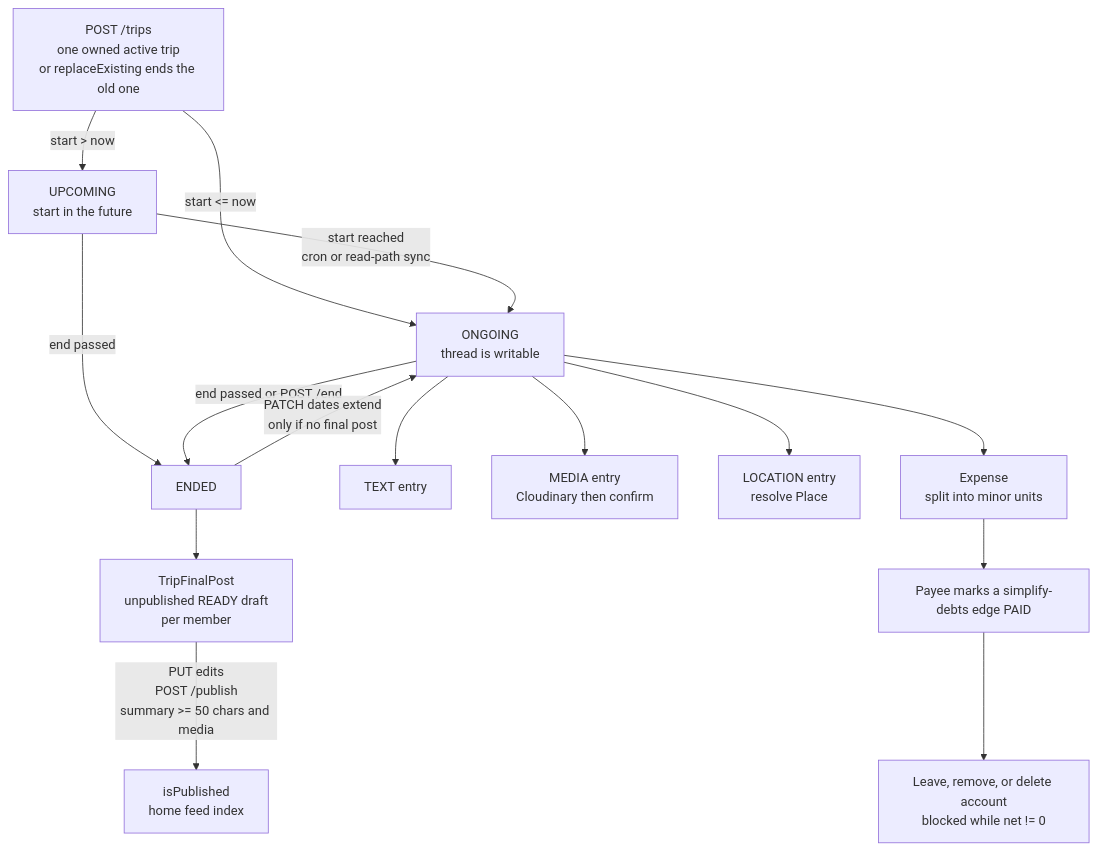
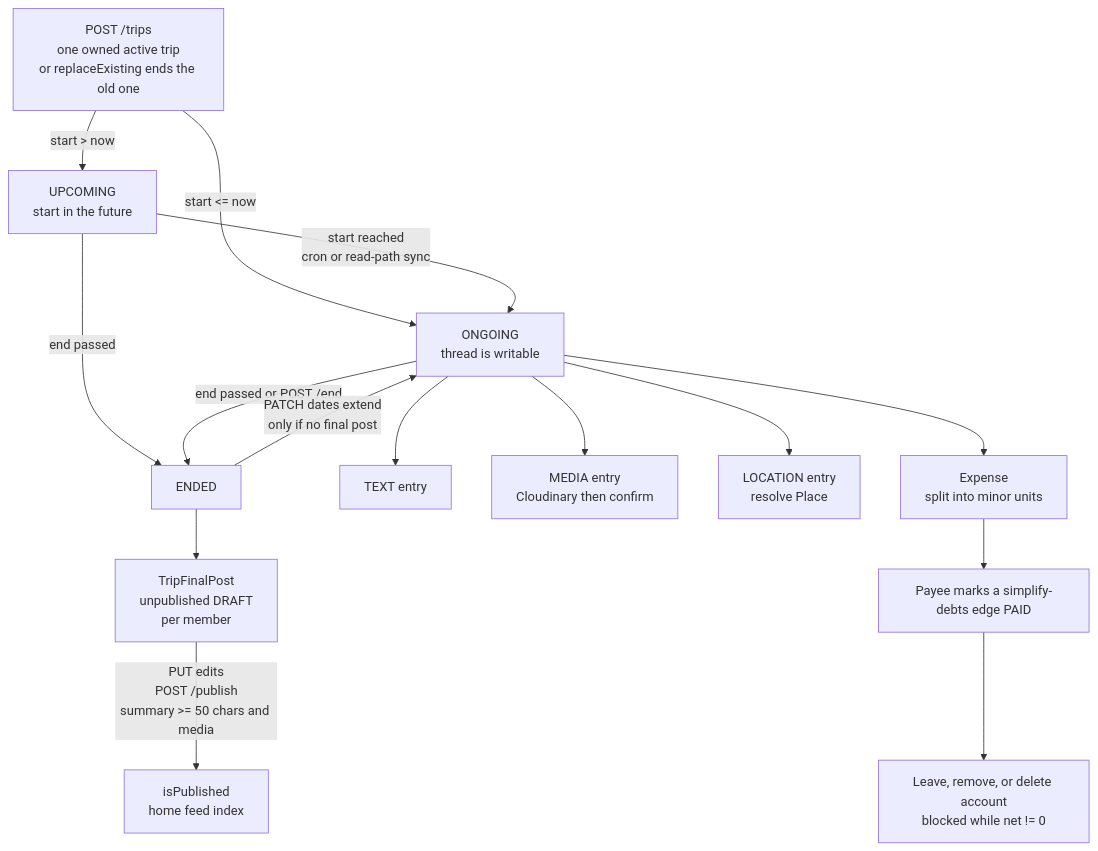
One commit to bagariaraj23/Trav-Flut changed the sixth of 11 diagrams in documentations/technical/19-architecture-diagram.md. Above: the diagram before and after it, drawn with Mermaid. The commit also changed 5 other files, not shown here.

First line of the commit message:
Document the unpublished final post as a DRAFT with up to 12 photos.

````diff
--- a/documentations/technical/19-architecture-diagram.md
+++ b/documentations/technical/19-architecture-diagram.md
@@ -257,25 +257,25 @@
 ```mermaid
 flowchart TD
   create["POST /trips\none owned active trip\nor replaceExisting ends the old one"]
   upcoming["UPCOMING\nstart in the future"]
   ongoing["ONGOING\nthread is writable"]
   ended["ENDED"]
-  draft["TripFinalPost\nunpublished READY draft\nper member"]
+  draft["TripFinalPost\nunpublished DRAFT\nper member"]
   published["isPublished\nhome feed index"]
 
   create -->|"start <= now"| ongoing
   create -->|"start > now"| upcoming
   upcoming -->|"start reached\ncron or read-path sync"| ongoing
   upcoming -->|"end passed"| ended
   ongoing -->|"end passed or POST /end"| ended
   ended -->|"PATCH dates extend\nonly if no final post"| ongoing
   ended --> draft
   draft -->|"PUT edits\nPOST /publish\nsummary >= 50 chars and media"| published
 
   ongoing --> text["TEXT entry"]
   ongoing --> media["MEDIA entry\nCloudinary then confirm"]
   ongoing --> loc["LOCATION entry\nresolve Place"]
   ongoing --> expense["Expense\nsplit into minor units"]
   expense --> settle["Payee marks a simplify-debts edge PAID"]
   settle --> leave["Leave, remove, or delete account\nblocked while net != 0"]
 ```
````
